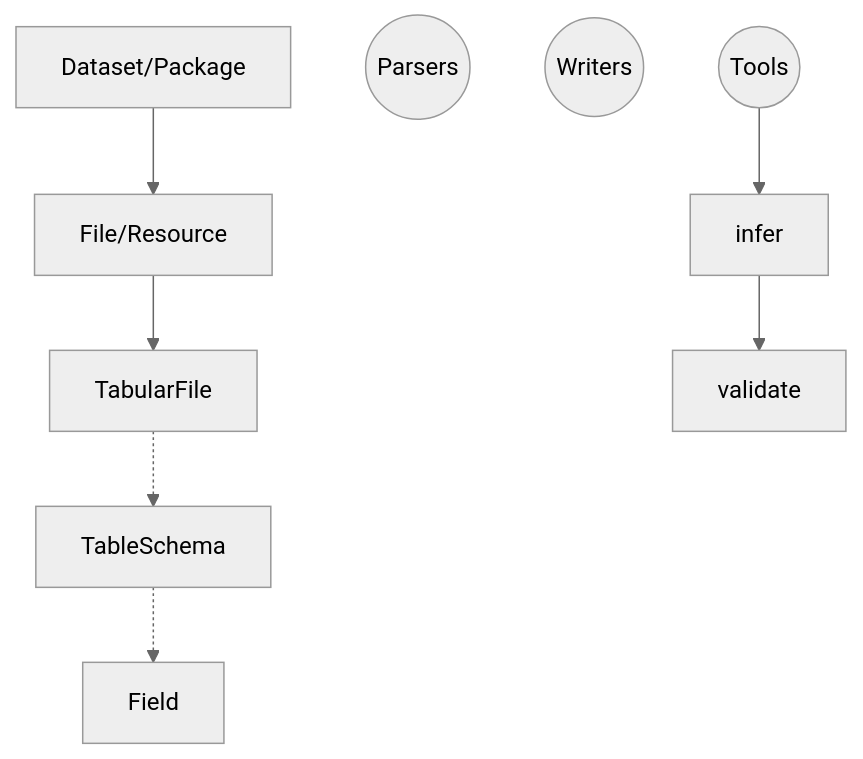
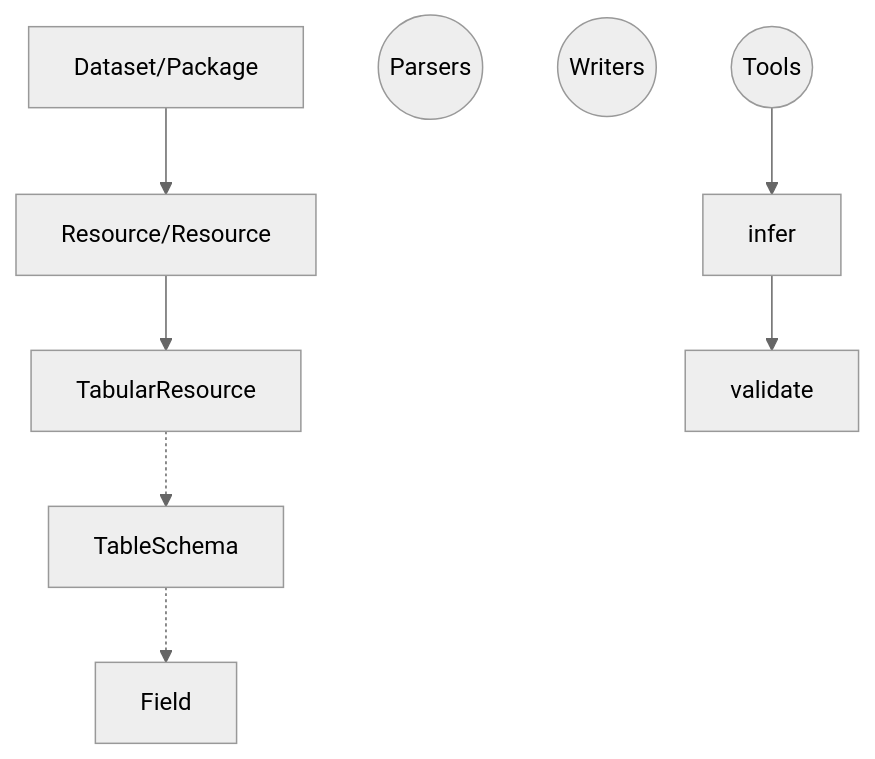
Before and after one commit to frictionlessdata/frictionlessdata.io: the first of 3 diagrams in rfcs/0004-frictionless-data-lib-pattern.md, drawn with Mermaid (neutral theme). The commit also changed other lines of this file, not shown here.

Commit message:
[rfcs/0004][m]: File => Resource everywhere.

````diff
--- a/rfcs/0004-frictionless-data-lib-pattern.md
+++ b/rfcs/0004-frictionless-data-lib-pattern.md
@@ -581,17 +578,17 @@
 ```mermaid
 graph TD
 
-Dataset[Dataset/Package] --> File[File/Resource]
-File --> TabularFile
-TabularFile -.-> TableSchema
+Dataset[Dataset/Package] --> Resource[Resource/Resource]
+Resource --> TabularResource
+TabularResource -.-> TableSchema
 TableSchema -.-> Field
 
 parsers((Parsers))
 dumpers((Writers))
 tools((Tools))
 
 tools --> infer
 infer --> validate
 
 classDef medium fill:lightblue,stroke:#333,stroke-width:4px;
 ```
````
